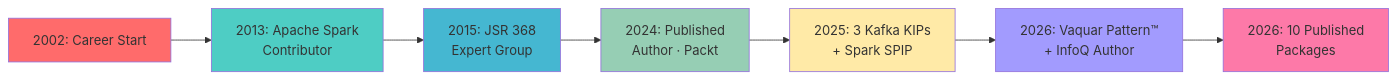
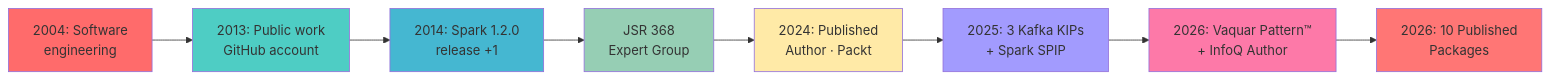
Before and after one commit to vaquarkhan/vaquarkhan: the diagram in README.md, drawn with Mermaid. The commit also changed other lines of this file, not shown here.

Commit message:
Rewrite the profile README from records that can be checked, and replace badges GitHub was not drawing.

````diff
--- a/README.md
+++ b/README.md
@@ -398,17 +525,19 @@
 ```mermaid
 graph LR
-    A[2002: Career Start] --> B[2013: Apache Spark<br/>Contributor]
-    B --> C[2015: JSR 368<br/>Expert Group]
-    C --> D[2024: Published<br/>Author · Packt]
-    D --> E[2025: 3 Kafka KIPs<br/>+ Spark SPIP]
-    E --> F[2026: Vaquar Pattern™<br/>+ InfoQ Author]
-    F --> G[2026: 10 Published<br/>Packages]
+    A[2004: Software<br/>engineering] --> B[2013: Public work<br/>GitHub account]
+    B --> C[2014: Spark 1.2.0<br/>release +1]
+    C --> D[JSR 368<br/>Expert Group]
+    D --> E[2024: Published<br/>Author · Packt]
+    E --> F[2025: 3 Kafka KIPs<br/>+ Spark SPIP]
+    F --> G[2026: Vaquar Pattern™<br/>+ InfoQ Author]
+    G --> H[2026: 10 Published<br/>Packages]
     
     style A fill:#ff6b6b
     style B fill:#4ecdc4
     style C fill:#45b7d1
     style D fill:#96ceb4
     style E fill:#ffeaa7
     style F fill:#a29bfe
     style G fill:#fd79a8
+    style H fill:#ff7675
 ```
````
